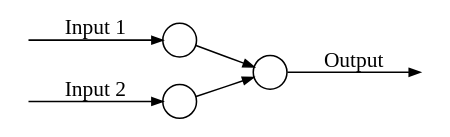
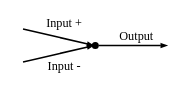
Before and after one commit to Jegp/thesis: the diagram in report/chapters/volr/example1.dot, drawn with Graphviz. The commit also changed 5 other files, not shown here.

```diff
--- a/report/chapters/volr/example1.dot
+++ b/report/chapters/volr/example1.dot
@@ -1,15 +1,15 @@
 digraph example1 {
     rankdir = "LR";
+    ratio=0.25;
     graph [margin=0];
-    edge [arrowsize=0.7]
-    node [shape=circle, width=0.3, fixedsize=true];
+    edge [arrowsize=0.3, labelfontsize=8];
+    node [shape=point, width=0.05];
 
-    s_0, s_1, o [color=white, width=0.1 label=""];
-    p_0, p_1, p_2, o [label=" "];
-    s_0 -> p_0 [label="Input 1"];
-    s_1 -> p_1 [label="Input 2"];
-    p_0 -> p_2;
-    p_1 -> p_2;
-    p_2 -> o [label="Output"]
+    s_0, s_1, o_1 [color=white, label=" "];
+
+    s_0 -> p_0 [taillabel="Input +", labelangle=20, labeldistance=2.7];
+    s_1 -> p_0 [taillabel="Input -", labelangle=-20, labeldistance=2.7];
+
+    p_0 -> o_1 [headlabel="Output", labelangle=-15, labeldistance=2];
 
 }
```
